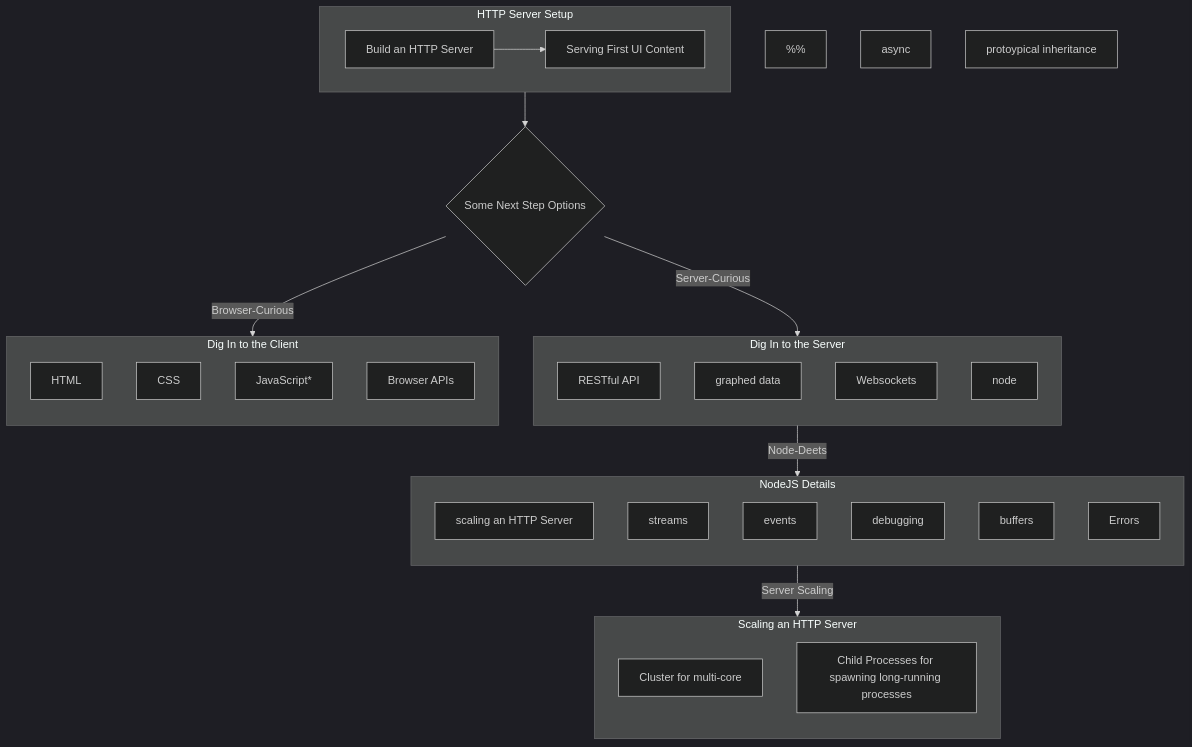
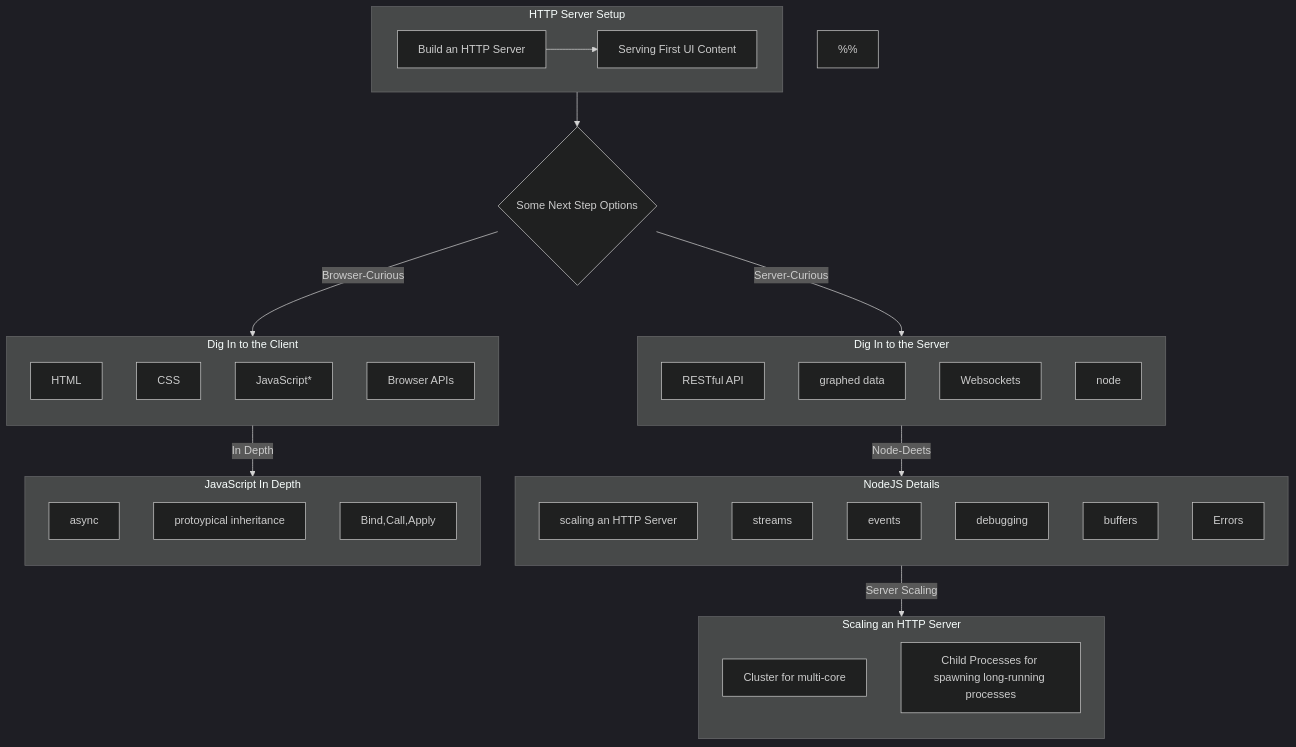
The diagram in src/pages/a-web-first-path.mdx (imagineLife/big-site), drawn with Mermaid (dark theme) before and after one commit.

Commit message:
init js in-depth

```diff
--- a/src/pages/a-web-first-path.mdx
+++ b/src/pages/a-web-first-path.mdx
@@ -62,8 +62,10 @@
   BROWSER-APIS[Browser APIs]
 
 %% JS nodes
-  ASYNC[async]
-  INHER[protoypical inheritance]
+  ASYNC[async];
+  INHER[protoypical inheritance];
+  BIND-CALL[Bind,Call,Apply];
+
 
 
 %%  HTTP server sub-graph
@@ -118,6 +120,13 @@
   end;
 
 
+%% JS
+  subgraph JS-SUBGRAPH[JavaScript In Depth]
+    direction TB;
+      ASYNC;
+      INHER;
+      BIND-CALL;
+  end;
 
 
 
@@ -125,9 +134,10 @@
 %%  Putting It All Together
 %%
   HTTP_SERVER_SETUP --> OPTS;
-  OPTS --> |Server-Curious| SERVER_CURIOUS;
-  OPTS --> |Browser-Curious| BROWSER_CURIOUS;
-  NODE --> |Node-Deets| NODE-SUBGRAPH;
+  OPTS --> |Server-Curious|SERVER_CURIOUS;
+  OPTS --> |Browser-Curious|BROWSER_CURIOUS;
+  NODE --> |Node-Deets|NODE-SUBGRAPH;
+  JS --> |In Depth| JS-SUBGRAPH;
 
   %% NOTE: single-node-to-section
   SCALING-NODE --> |Server Scaling| NODE-SCALING-SUBGRAPH;
```
